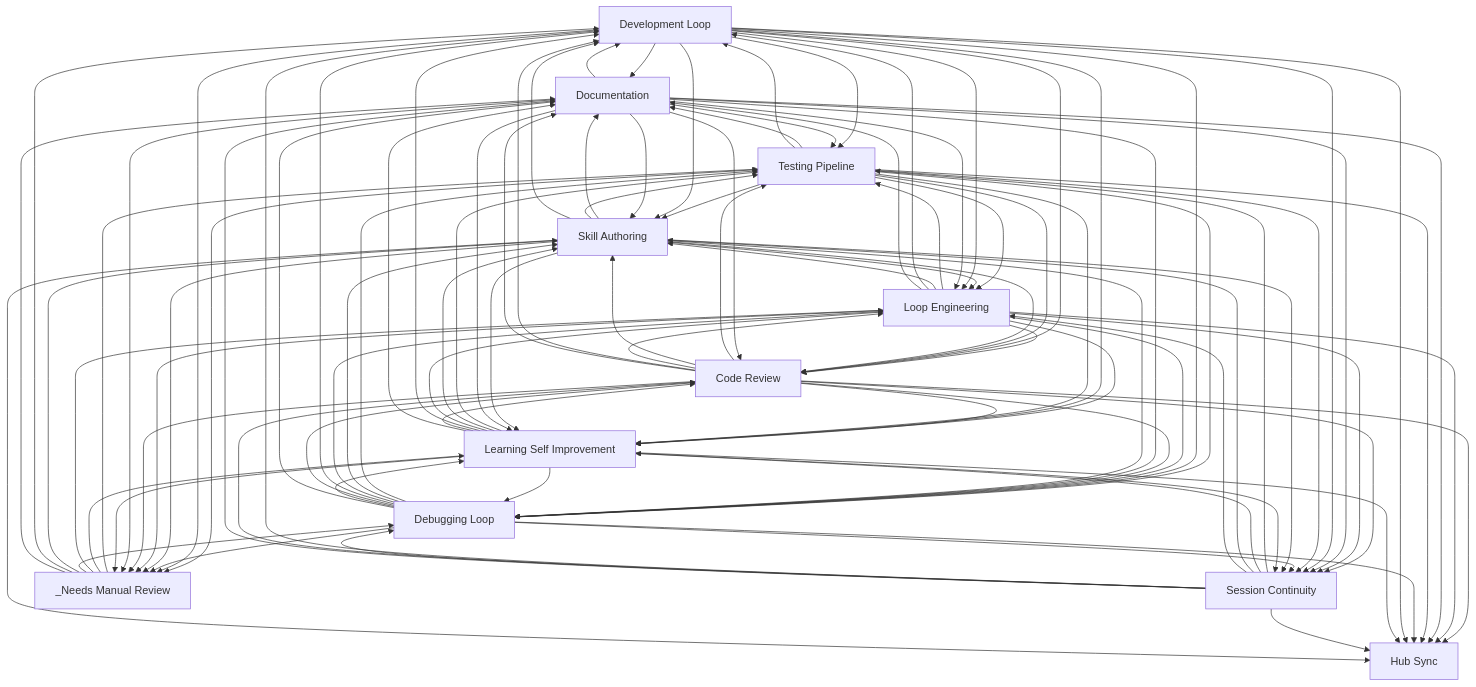
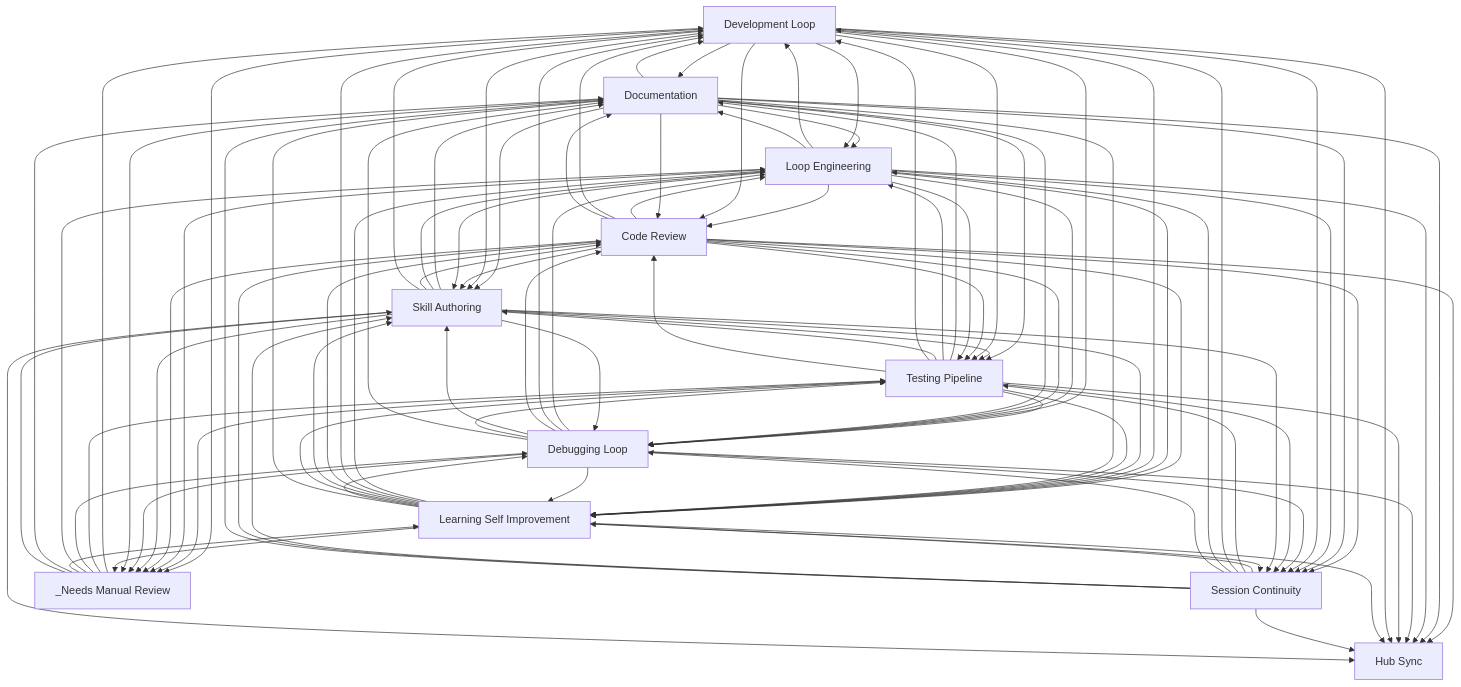
The diagram in docs/workflows/INDEX.md (abhayla/claude-best-practices), drawn with Mermaid before and after one commit. The commit also changed other lines of this file and 32 other files, not shown here.

````diff
--- a/docs/workflows/INDEX.md
+++ b/docs/workflows/INDEX.md
@@ -33,100 +33,100 @@
     documentation[Documentation]
     hub_sync[Hub Sync]
     _needs_manual_review[_Needs Manual Review]
-    testing_pipeline --> documentation
     skill_authoring --> documentation
     development_loop --> documentation
+    testing_pipeline --> documentation
+    documentation --> loop_engineering
+    documentation --> skill_authoring
+    documentation --> testing_pipeline
+    skill_authoring --> loop_engineering
+    skill_authoring --> testing_pipeline
+    development_loop --> loop_engineering
+    development_loop --> skill_authoring
+    development_loop --> testing_pipeline
+    testing_pipeline --> loop_engineering
     testing_pipeline --> skill_authoring
-    testing_pipeline --> loop_engineering
-    skill_authoring --> testing_pipeline
-    skill_authoring --> loop_engineering
-    development_loop --> testing_pipeline
-    development_loop --> skill_authoring
-    development_loop --> loop_engineering
-    documentation --> testing_pipeline
-    documentation --> skill_authoring
-    documentation --> loop_engineering
-    code_review --> testing_pipeline
-    code_review --> skill_authoring
     code_review --> loop_engineering
     code_review --> development_loop
-    loop_engineering --> testing_pipeline
-    loop_engineering --> skill_authoring
+    code_review --> skill_authoring
+    code_review --> testing_pipeline
     loop_engineering --> development_loop
     loop_engineering --> code_review
+    loop_engineering --> skill_authoring
+    loop_engineering --> testing_pipeline
     development_loop --> code_review
     code_review --> learning_self_improvement
     loop_engineering --> learning_self_improvement
     development_loop --> learning_self_improvement
+    _needs_manual_review --> development_loop
+    _needs_manual_review --> testing_pipeline
     testing_pipeline --> development_loop
+    _needs_manual_review --> debugging_loop
+    _needs_manual_review --> loop_engineering
     testing_pipeline --> debugging_loop
     testing_pipeline --> code_review
-    debugging_loop --> testing_pipeline
-    debugging_loop --> skill_authoring
     debugging_loop --> loop_engineering
     debugging_loop --> development_loop
     debugging_loop --> code_review
+    debugging_loop --> skill_authoring
+    debugging_loop --> testing_pipeline
     development_loop --> debugging_loop
     documentation --> development_loop
     loop_engineering --> debugging_loop
     loop_engineering --> documentation
     skill_authoring --> code_review
     skill_authoring --> development_loop
+    skill_authoring --> learning_self_improvement
     testing_pipeline --> learning_self_improvement
-    skill_authoring --> learning_self_improvement
+    development_loop --> _needs_manual_review
     testing_pipeline --> _needs_manual_review
-    development_loop --> _needs_manual_review
     code_review --> debugging_loop
+    documentation --> code_review
     documentation --> debugging_loop
-    documentation --> code_review
+    code_review --> hub_sync
+    code_review --> documentation
     code_review --> session_continuity
-    code_review --> documentation
-    code_review --> hub_sync
+    documentation --> hub_sync
+    documentation --> learning_self_improvement
+    documentation --> session_continuity
+    loop_engineering --> hub_sync
     loop_engineering --> session_continuity
-    loop_engineering --> hub_sync
-    documentation --> session_continuity
-    documentation --> learning_self_improvement
-    documentation --> hub_sync
+    session_continuity --> learning_self_improvement
+    session_continuity --> testing_pipeline
     development_loop --> session_continuity
-    session_continuity --> testing_pipeline
-    session_continuity --> learning_self_improvement
-    _needs_manual_review --> testing_pipeline
     _needs_manual_review --> learning_self_improvement
+    debugging_loop --> learning_self_improvement
+    debugging_loop --> session_continuity
     testing_pipeline --> session_continuity
-    debugging_loop --> session_continuity
-    debugging_loop --> learning_self_improvement
+    debugging_loop --> hub_sync
+    debugging_loop --> documentation
     testing_pipeline --> hub_sync
-    debugging_loop --> documentation
-    debugging_loop --> hub_sync
     development_loop --> hub_sync
+    session_continuity --> development_loop
+    session_continuity --> loop_engineering
+    session_continuity --> debugging_loop
     skill_authoring --> session_continuity
     skill_authoring --> debugging_loop
-    _needs_manual_review --> loop_engineering
-    _needs_manual_review --> debugging_loop
-    learning_self_improvement --> testing_pipeline
-    learning_self_improvement --> debugging_loop
-    learning_self_improvement --> skill_authoring
     learning_self_improvement --> loop_engineering
     learning_self_improvement --> development_loop
     learning_self_improvement --> code_review
-    debugging_loop --> _needs_manual_review
-    skill_authoring --> _needs_manual_review
+    learning_self_improvement --> skill_authoring
+    learning_self_improvement --> testing_pipeline
+    learning_self_improvement --> debugging_loop
     loop_engineering --> _needs_manual_review
     code_review --> _needs_manual_review
+    skill_authoring --> _needs_manual_review
+    debugging_loop --> _needs_manual_review
+    _needs_manual_review --> documentation
     _needs_manual_review --> skill_authoring
-    _needs_manual_review --> development_loop
-    _needs_manual_review --> documentation
     learning_self_improvement --> session_continuity
     documentation --> _needs_manual_review
     session_continuity --> skill_authoring
-    session_continuity --> loop_engineering
+    learning_self_improvement --> hub_sync
     learning_self_improvement --> documentation
-    learning_self_improvement --> hub_sync
-    session_continuity --> development_loop
-    session_continuity --> debugging_loop
+    session_continuity --> hub_sync
     session_continuity --> code_review
     session_continuity --> documentation
-    session_continuity --> hub_sync
     skill_authoring --> hub_sync
     learning_self_improvement --> _needs_manual_review
 ```
````
